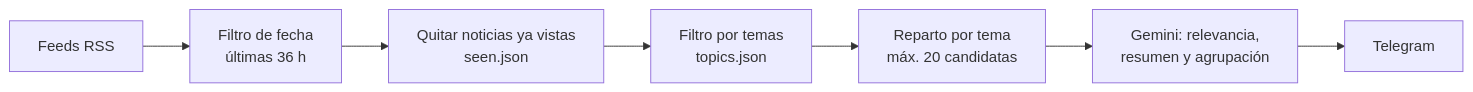
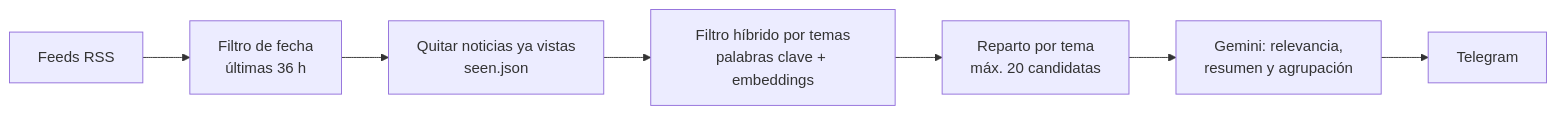
One commit to donatocotardo/noticias changed the first of 2 diagrams in README.md. Above: the diagram before and after it, drawn with Mermaid. The commit also changed other lines of this file and 1 other file, not shown here.

Commit message:
docs: actualiza README con embeddings

````diff
--- a/README.md
+++ b/README.md
@@ -24,9 +23,9 @@
 ```mermaid
 flowchart LR
     A["Feeds RSS"] --> B["Filtro de fecha<br/>últimas 36 h"]
     B --> C["Quitar noticias ya vistas<br/>seen.json"]
-    C --> D["Filtro por temas<br/>topics.json"]
+    C --> D["Filtro híbrido por temas<br/>palabras clave + embeddings"]
     D --> E["Reparto por tema<br/>máx. 20 candidatas"]
     E --> F["Gemini: relevancia,<br/>resumen y agrupación"]
     F --> G["Telegram"]
 ```
````
